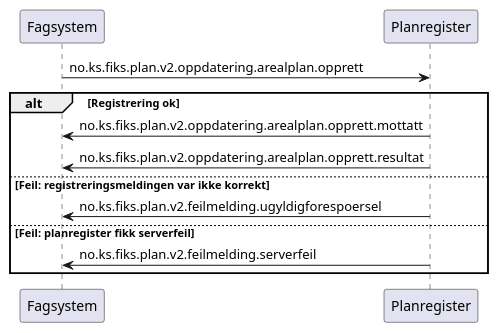
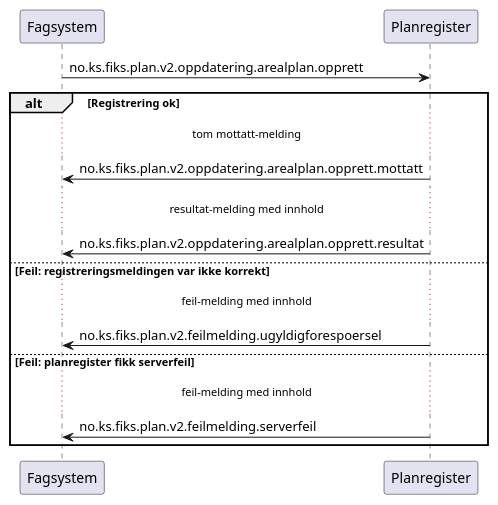
The diagram in Dokumentasjon/V2/SequenceDiagrams/no.ks.fiks.plan.v2.oppdatering.arealplan.opprett/sequence-diagram.pu (ks-no/fiks-plan-specification), drawn with PlantUML before and after one commit. The commit also changed 5 other files, not shown here.

```diff
--- a/Dokumentasjon/V2/SequenceDiagrams/no.ks.fiks.plan.v2.oppdatering.arealplan.opprett/sequence-diagram.pu
+++ b/Dokumentasjon/V2/SequenceDiagrams/no.ks.fiks.plan.v2.oppdatering.arealplan.opprett/sequence-diagram.pu
@@ -1,16 +1,22 @@
 @startuml
 
 Fagsystem -> Planregister: no.ks.fiks.plan.v2.oppdatering.arealplan.opprett
 
 alt Registrering ok
+...tom mottatt-melding...
 Fagsystem <- Planregister: no.ks.fiks.plan.v2.oppdatering.arealplan.opprett.mottatt
+...resultat-melding med innhold...
 Fagsystem <- Planregister: no.ks.fiks.plan.v2.oppdatering.arealplan.opprett.resultat
 
 else Feil: registreringsmeldingen var ikke korrekt
+...feil-melding med innhold...
+
 Fagsystem <- Planregister: no.ks.fiks.plan.v2.feilmelding.ugyldigforespoersel
 
 else Feil: planregister fikk serverfeil
+...feil-melding med innhold...
+
 Fagsystem <- Planregister: no.ks.fiks.plan.v2.feilmelding.serverfeil
 
 end
 @enduml
```
